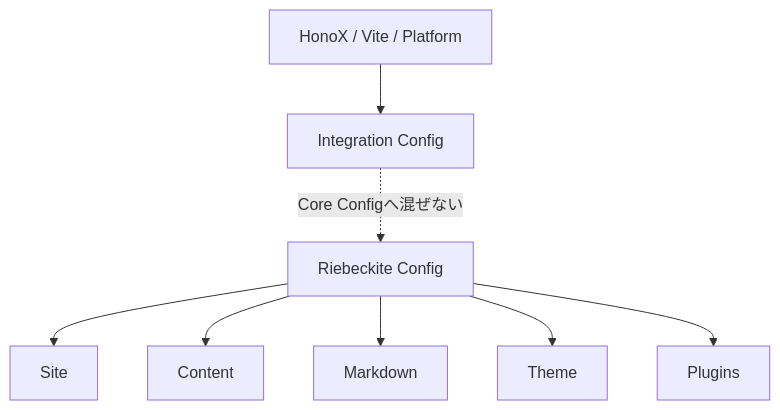
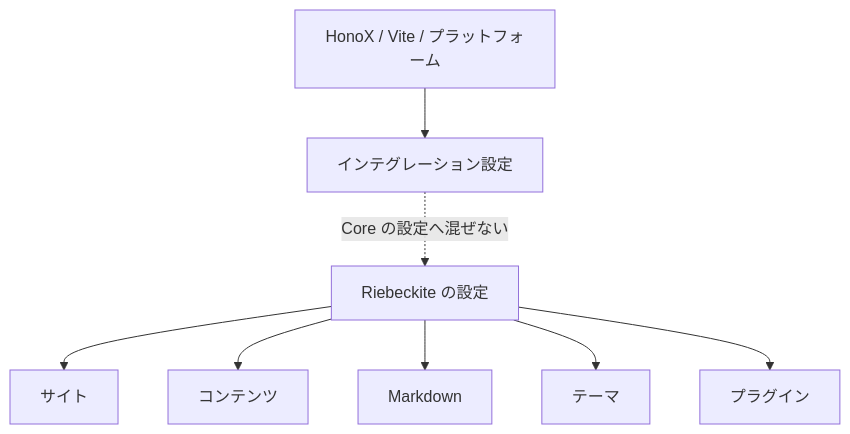
The diagram in docs/docs/reference/configuration/theme.ja.md (Rerurate514/riebeckite), drawn with Mermaid before and after one commit. The commit also changed other lines of this file and 310 other files, not shown here.

````diff
--- a/docs/docs/reference/configuration/theme.ja.md
+++ b/docs/docs/reference/configuration/theme.ja.md
@@ -25,15 +25,15 @@
 ```mermaid id="m54zmx"
 flowchart TD
-    Config["Riebeckite Config"]
+    Config["Riebeckite の設定"]
 
-    Config --> Site["Site"]
-    Config --> Content["Content"]
+    Config --> Site["サイト"]
+    Config --> Content["コンテンツ"]
     Config --> Markdown["Markdown"]
-    Config --> Theme["Theme"]
-    Config --> Plugins["Plugins"]
+    Config --> Theme["テーマ"]
+    Config --> Plugins["プラグイン"]
 
-    Framework["HonoX / Vite / Platform"]
-    Framework --> Integration["Integration Config"]
+    Framework["HonoX / Vite / プラットフォーム"]
+    Framework --> Integration["インテグレーション設定"]
 
-    Integration -. "Core Configへ混ぜない" .-> Config
+    Integration -. "Core の設定へ混ぜない" .-> Config
 ```
````
